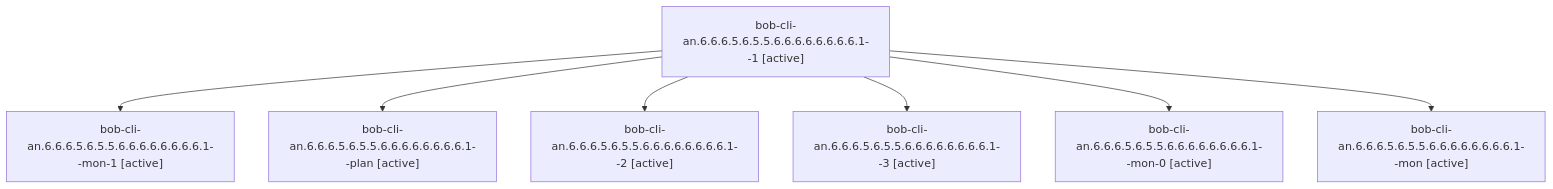
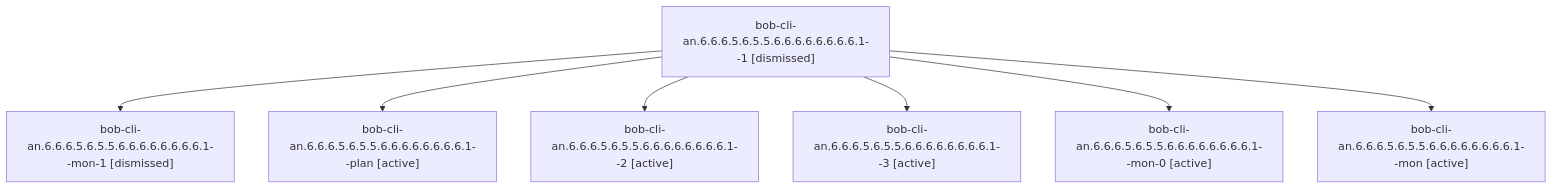
One commit to bobs-org/bob-cli--agents changed the diagram in sessions/bbugyi200.athena.bob-cli-an.6.6.6.5.6.5.5.6.6.6.6.6.6.6.6.1.md. Above: the diagram before and after it, drawn with Mermaid. The commit also changed other lines of this file and 553 other files, not shown here.

````diff
--- a/sessions/bbugyi200.athena.bob-cli-an.6.6.6.5.6.5.5.6.6.6.6.6.6.6.6.1.md
+++ b/sessions/bbugyi200.athena.bob-cli-an.6.6.6.5.6.5.5.6.6.6.6.6.6.6.6.1.md
@@ -9,16 +9,16 @@
 ```mermaid
 flowchart TD
-  n0["bob-cli-an.6.6.6.5.6.5.5.6.6.6.6.6.6.6.6.1--1 [active]"]
-  n1["bob-cli-an.6.6.6.5.6.5.5.6.6.6.6.6.6.6.6.1--mon-1 [active]"]
+  n0["bob-cli-an.6.6.6.5.6.5.5.6.6.6.6.6.6.6.6.1--1 [dismissed]"]
+  n1["bob-cli-an.6.6.6.5.6.5.5.6.6.6.6.6.6.6.6.1--mon-1 [dismissed]"]
   n0 --> n1
   n2["bob-cli-an.6.6.6.5.6.5.5.6.6.6.6.6.6.6.6.1--plan [active]"]
   n0 --> n2
   n3["bob-cli-an.6.6.6.5.6.5.5.6.6.6.6.6.6.6.6.1--2 [active]"]
   n0 --> n3
   n4["bob-cli-an.6.6.6.5.6.5.5.6.6.6.6.6.6.6.6.1--3 [active]"]
   n0 --> n4
   n5["bob-cli-an.6.6.6.5.6.5.5.6.6.6.6.6.6.6.6.1--mon-0 [active]"]
   n0 --> n5
   n6["bob-cli-an.6.6.6.5.6.5.5.6.6.6.6.6.6.6.6.1--mon [active]"]
   n0 --> n6
 ```
````
